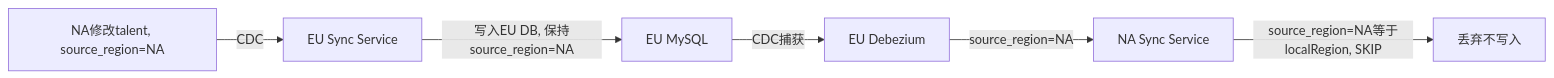
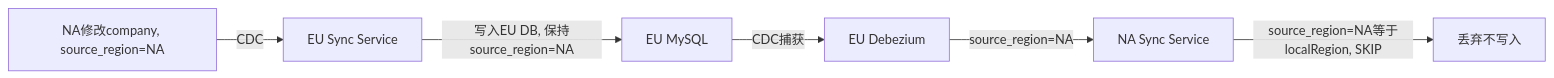
The sixth of 6 diagrams in docs/design.md (echoecheng/region-sync-service), drawn with Mermaid before and after one commit. The commit also changed other lines of this file and 3 other files, not shown here.

````diff
--- a/docs/design.md
+++ b/docs/design.md
@@ -219,8 +216,8 @@
 ```mermaid
 flowchart LR
-    A[NA修改talent, source_region=NA] -->|CDC| B[EU Sync Service]
+    A[NA修改company, source_region=NA] -->|CDC| B[EU Sync Service]
     B -->|写入EU DB, 保持source_region=NA| C[EU MySQL]
     C -->|CDC捕获| D[EU Debezium]
     D -->|source_region=NA| E[NA Sync Service]
     E -->|source_region=NA等于localRegion, SKIP| F[丢弃不写入]
 ```
````
